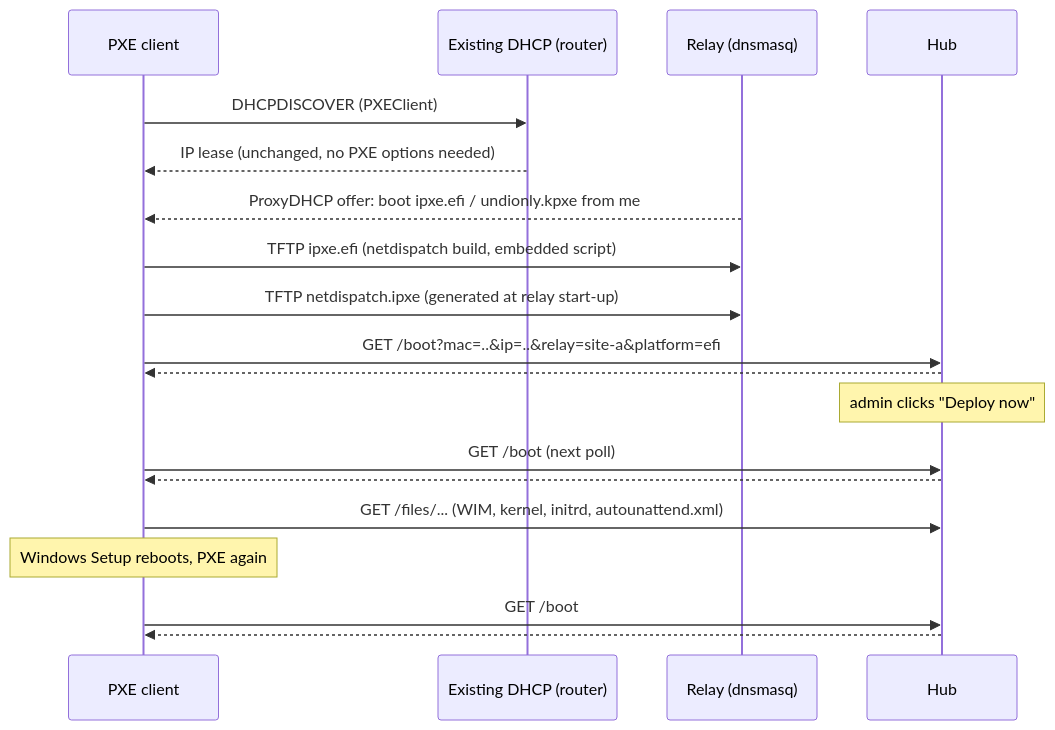
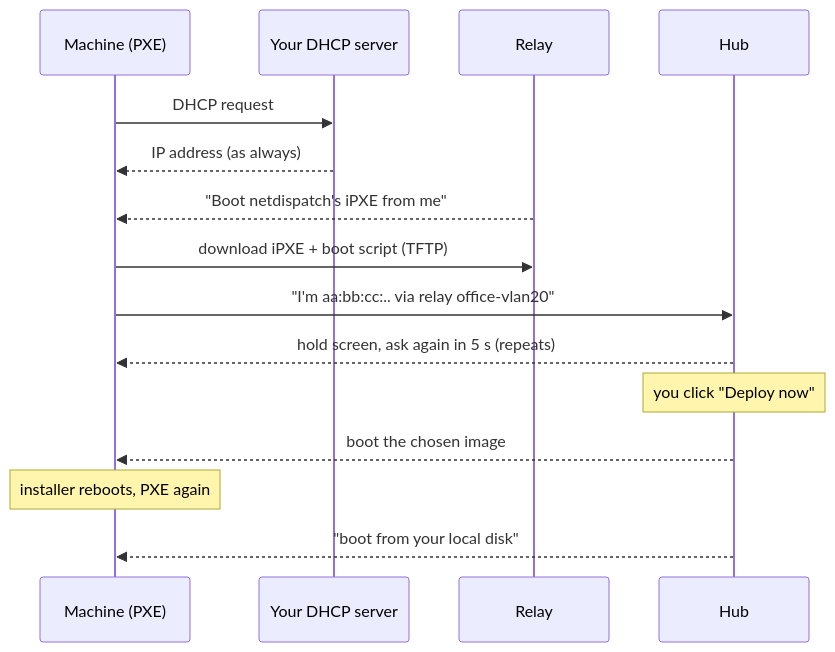
The diagram in README.md (photoncody/netdispatch), drawn with Mermaid before and after one commit. The commit also changed other lines of this file and 8 other files, not shown here.

````diff
--- a/README.md
+++ b/README.md
@@ -29,21 +53,17 @@
 ```mermaid
 sequenceDiagram
-    participant C as PXE client
-    participant D as Existing DHCP (router)
-    participant R as Relay (dnsmasq)
+    participant C as Machine (PXE)
+    participant D as Your DHCP server
+    participant R as Relay
     participant H as Hub
-    C->>D: DHCPDISCOVER (PXEClient)
-    D-->>C: IP lease (unchanged, no PXE options needed)
-    R-->>C: ProxyDHCP offer: boot ipxe.efi / undionly.kpxe from me
-    C->>R: TFTP ipxe.efi (netdispatch build, embedded script)
-    C->>R: TFTP netdispatch.ipxe (generated at relay start-up)
-    C->>H: GET /boot?mac=..&ip=..&relay=site-a&platform=efi
-    H-->>C: #!ipxe wait loop (banner, sleep 5, chain --replace /boot)
-    Note over H: admin clicks "Deploy now"
-    C->>H: GET /boot (next poll)
-    H-->>C: #!ipxe payload script (wimboot / kernel+initrd / sanboot)
-    C->>H: GET /files/... (WIM, kernel, initrd, autounattend.xml)
-    Note over C: Windows Setup reboots, PXE again
-    C->>H: GET /boot
-    H-->>C: #!ipxe exit to local disk (no reinstall loop)
+    C->>D: DHCP request
+    D-->>C: IP address (as always)
+    R-->>C: "Boot netdispatch's iPXE from me"
+    C->>R: download iPXE + boot script (TFTP)
+    C->>H: "I'm aa:bb:cc:.. via relay office-vlan20"
+    H-->>C: hold screen, ask again in 5 s (repeats)
+    Note over H: you click "Deploy now"
+    H-->>C: boot the chosen image
+    Note over C: installer reboots, PXE again
+    H-->>C: "boot from your local disk"
 ```
````
